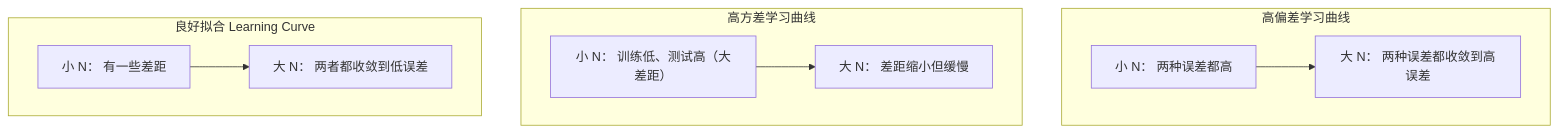
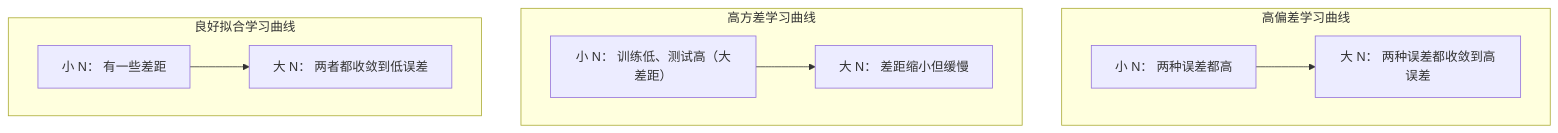
One commit to huangyue12120/Learning-Atlas changed the fourth of 5 diagrams in content/translations/practice/02-ml-fundamentals/10-bias-variance/zh.md. Above: the diagram before and after it, drawn with Mermaid. The commit also changed other lines of this file and 24 other files, not shown here.

Commit message:
fix(reader): localize Mermaid in source content

````diff
--- a/content/translations/practice/02-ml-fundamentals/10-bias-variance/zh.md
+++ b/content/translations/practice/02-ml-fundamentals/10-bias-variance/zh.md
@@ -214,23 +214,23 @@
 ```mermaid
 flowchart TD
     subgraph HB["高偏差学习曲线"]
         direction LR
         HB1["小 N： 两种误差都高"]
         HB2["大 N： 两种误差都收敛到高误差"]
         HB1 --> HB2
     end
 
     subgraph HV["高方差学习曲线"]
         direction LR
         HV1["小 N： 训练低、测试高（大差距）"]
         HV2["大 N： 差距缩小但缓慢"]
         HV1 --> HV2
     end
 
-    subgraph GF["良好拟合 Learning Curve"]
+    subgraph GF["良好拟合学习曲线"]
         direction LR
         GF1["小 N： 有一些差距"]
         GF2["大 N： 两者都收敛到低误差"]
         GF1 --> GF2
     end
 ```
````
